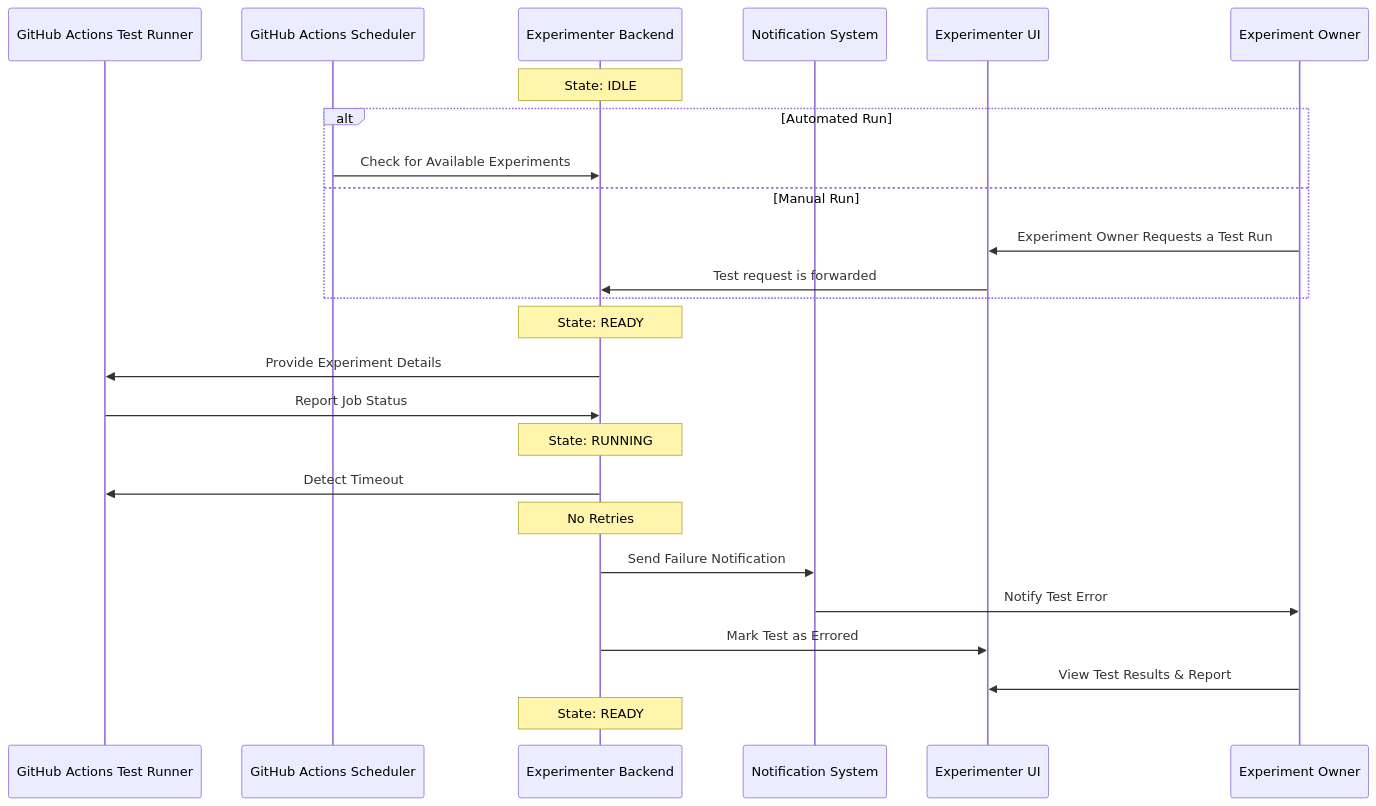
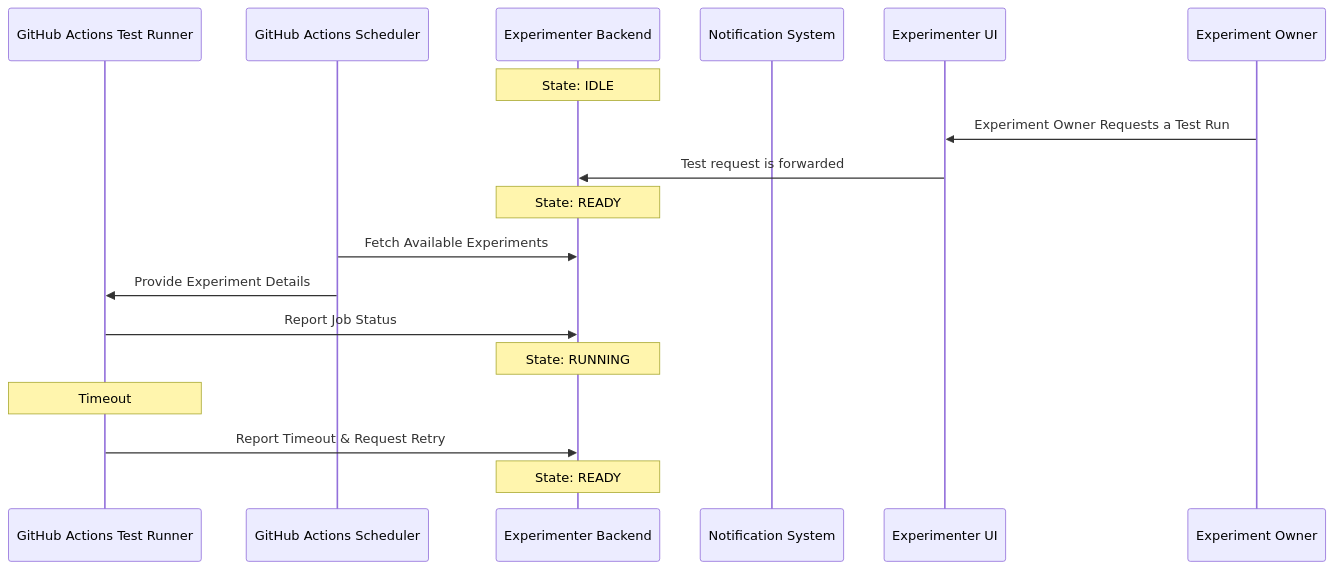
The fourth of 5 diagrams in docs/sequences.md (mozilla/klaatu), drawn with Mermaid before and after one commit. The commit also changed other lines of this file, not shown here.

Commit message:
Remove extra diagrams and redo flows.

````diff
--- a/docs/sequences.md
+++ b/docs/sequences.md
@@ -104,30 +77,22 @@
 ```mermaid
     sequenceDiagram
         participant GitHub Actions Test Runner
         participant GitHub Actions Scheduler
         participant Experimenter Backend
         participant Notification System
         participant Experimenter UI
         participant Experiment Owner
 
         Note over Experimenter Backend: State: IDLE
-        alt Automated Run
-            GitHub Actions Scheduler ->> Experimenter Backend: Check for Available Experiments
-        else Manual Run
-            Experiment Owner ->> Experimenter UI: Experiment Owner Requests a Test Run
-            Experimenter UI ->> Experimenter Backend: Test request is forwarded
-        end
+        Experiment Owner ->> Experimenter UI: Experiment Owner Requests a Test Run
+        Experimenter UI ->> Experimenter Backend: Test request is forwarded
         Note over Experimenter Backend: State: READY
-        Experimenter Backend ->> GitHub Actions Test Runner: Provide Experiment Details
+        GitHub Actions Scheduler ->> Experimenter Backend: Fetch Available Experiments
+        GitHub Actions Scheduler ->> GitHub Actions Test Runner: Provide Experiment Details
         GitHub Actions Test Runner ->> Experimenter Backend: Report Job Status
         Note over Experimenter Backend: State: RUNNING
-        Experimenter Backend ->> GitHub Actions Test Runner: Detect Timeout
-
-        Note over Experimenter Backend: No Retries
-        Experimenter Backend ->> Notification System: Send Failure Notification
-        Notification System ->> Experiment Owner: Notify Test Error
-        Experimenter Backend ->> Experimenter UI: Mark Test as Errored
-        Experiment Owner ->> Experimenter UI: View Test Results & Report
+        Note over GitHub Actions Test Runner: Timeout
+        GitHub Actions Test Runner ->> Experimenter Backend: Report Timeout & Request Retry
         Note over Experimenter Backend: State: READY
 
 ```
````
